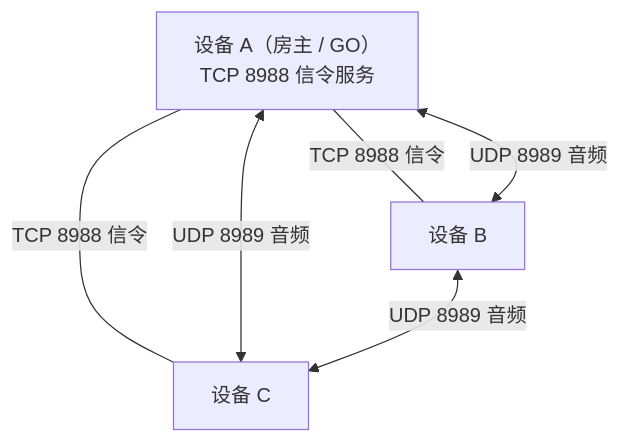
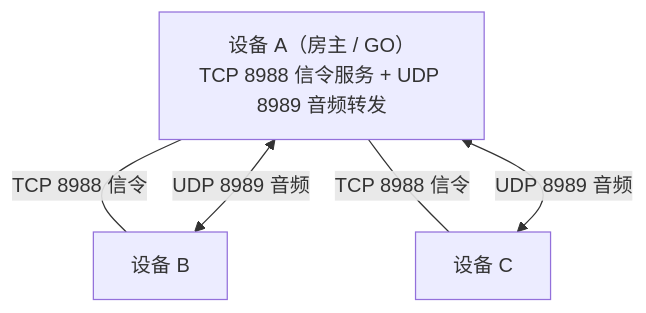
Before and after one commit to Starlordzz/sunsetripple: the first of 2 diagrams in docs/wiki/房间模式对比.md, drawn with Mermaid. The commit also changed other lines of this file and 36 other files, not shown here.

````diff
--- a/docs/wiki/房间模式对比.md
+++ b/docs/wiki/房间模式对比.md
@@ -26,12 +26,11 @@
 ```mermaid
 flowchart TD
-    GO["设备 A（房主 / GO）<br/>TCP 8988 信令服务"]
+    GO["设备 A（房主 / GO）<br/>TCP 8988 信令服务 + UDP 8989 音频转发"]
     B["设备 B"]
     C["设备 C"]
 
     GO ---|"TCP 8988 信令"| B
     GO ---|"TCP 8988 信令"| C
-    GO <-->|"UDP 8989 音频"| B
-    GO <-->|"UDP 8989 音频"| C
-    B <-->|"UDP 8989 音频"| C
+    B <-->|"UDP 8989 音频"| GO
+    C <-->|"UDP 8989 音频"| GO
 ```
````
